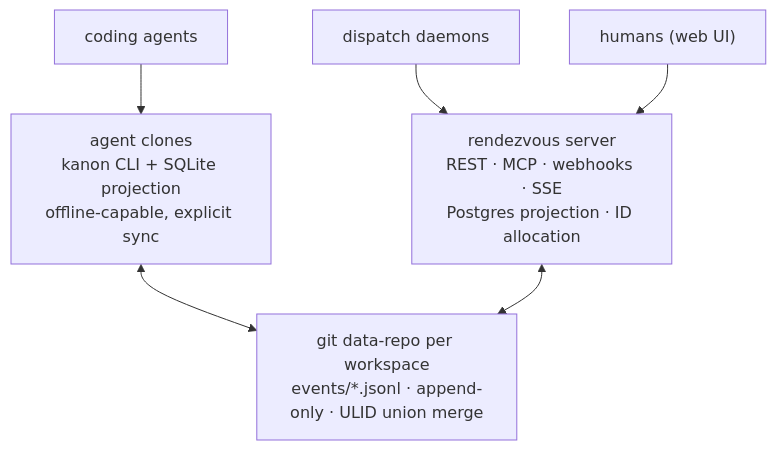
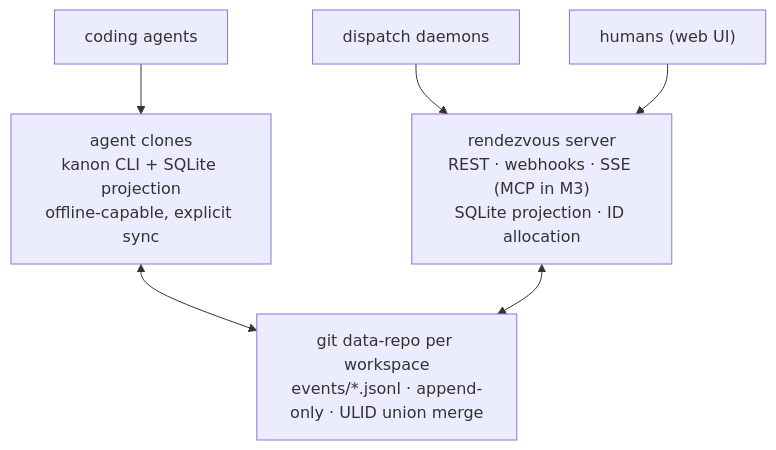
Before and after one commit to broomva/kanon: the diagram in README.md, drawn with Mermaid. The commit also changed other lines of this file and 32 other files, not shown here.

First line of the commit message:
feat(server): rendezvous server — REST v1, event feed, SSE, webhooks, ID allocation [BRO-1648] (#7)

````diff
--- a/README.md
+++ b/README.md
@@ -16,11 +16,11 @@
 ```mermaid
 flowchart TD
     LOG["git data-repo per workspace<br/>events/*.jsonl · append-only · ULID union merge"]
     CLI["agent clones<br/>kanon CLI + SQLite projection<br/>offline-capable, explicit sync"]
-    SRV["rendezvous server<br/>REST · MCP · webhooks · SSE<br/>Postgres projection · ID allocation"]
+    SRV["rendezvous server<br/>REST · webhooks · SSE (MCP in M3)<br/>SQLite projection · ID allocation"]
     A["coding agents"] --> CLI
     D["dispatch daemons"] --> SRV
     H["humans (web UI)"] --> SRV
     CLI <--> LOG
     SRV <--> LOG
 ```
````
